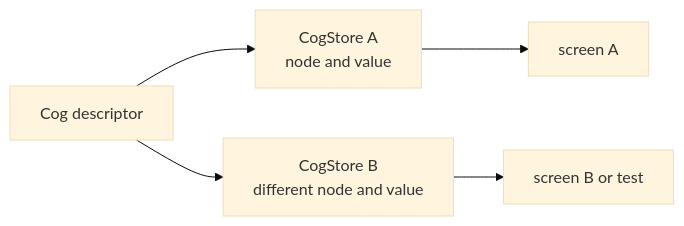
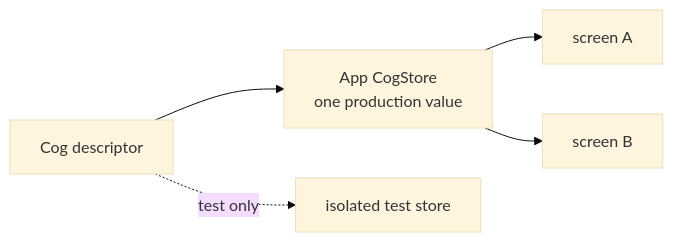
One commit to skeswa/cog changed the second of 4 diagrams in docs/kotlin/exploration.md. Above: the diagram before and after it, drawn with Mermaid (base theme). The commit also changed other lines of this file and 12 other files, not shown here.

````diff
--- a/docs/kotlin/exploration.md
+++ b/docs/kotlin/exploration.md
@@ -92,7 +121,7 @@
 ```mermaid
 flowchart LR
-    D["Cog descriptor"] --> A["CogStore A<br/>node and value"]
-    D --> B["CogStore B<br/>different node and value"]
+    D["Cog descriptor"] --> A["App CogStore<br/>one production value"]
     A --> UA["screen A"]
-    B --> UB["screen B or test"]
+    A --> UB["screen B"]
+    D -. test only .-> T["isolated test store"]
 ```
````
